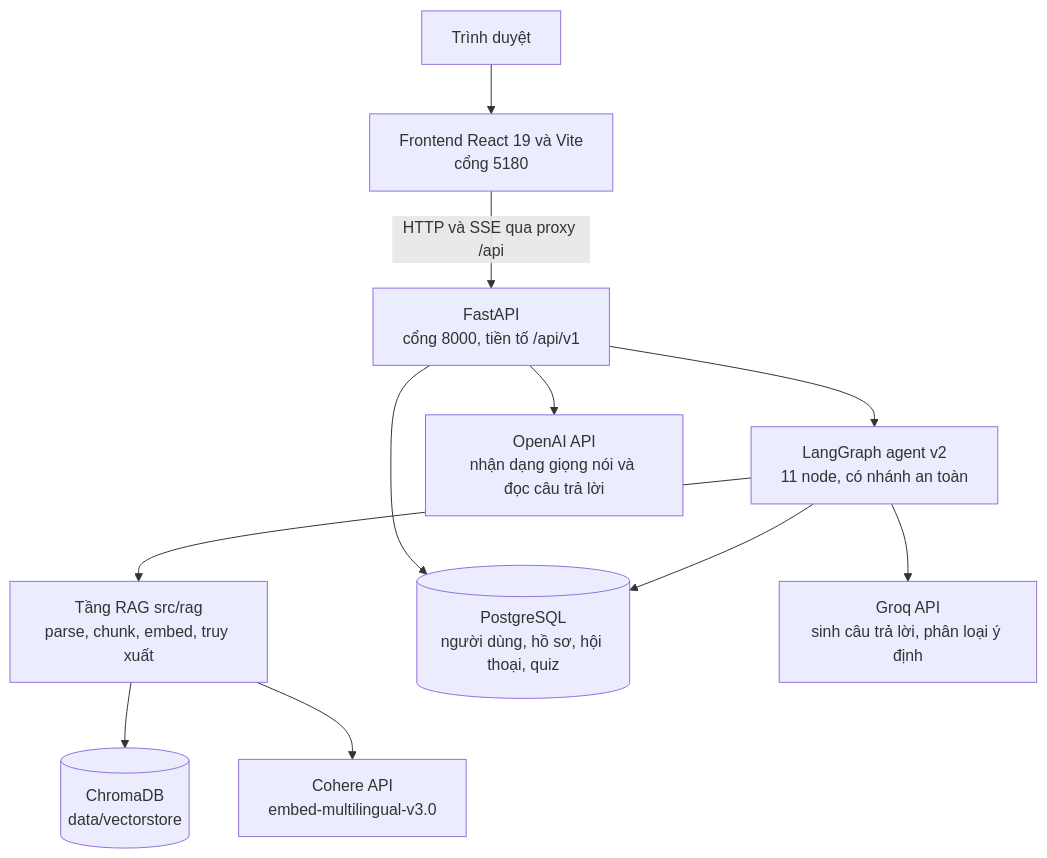
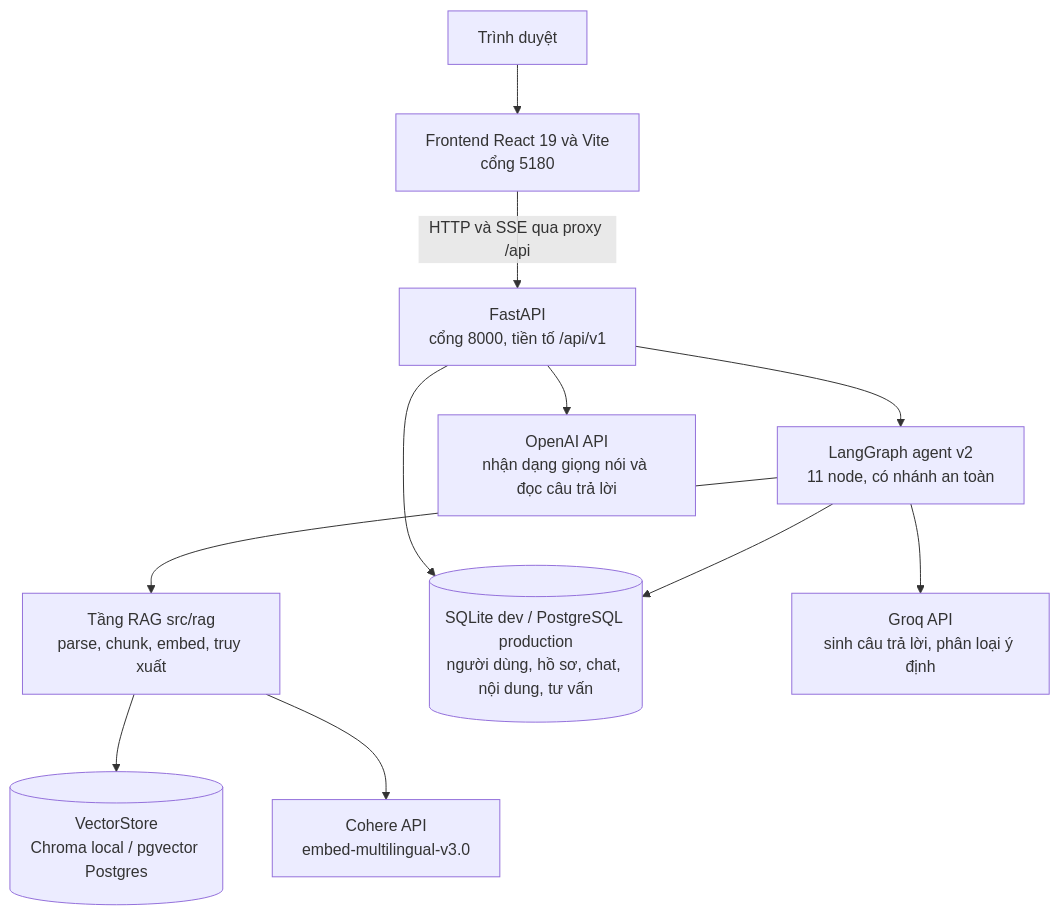
One commit to hoangminh37/p-128-deploy changed the diagram in README.md. Above: the diagram before and after it, drawn with Mermaid. The commit also changed other lines of this file and 7 other files, not shown here.

Commit message:
docs: week-log and architechture-diagram

````diff
--- a/README.md
+++ b/README.md
@@ -80,24 +101,24 @@
 ```mermaid
 graph TD
     Browser["Trình duyệt"]
     FE["Frontend React 19 và Vite<br/>cổng 5180"]
     API["FastAPI<br/>cổng 8000, tiền tố /api/v1"]
     Agent["LangGraph agent v2<br/>11 node, có nhánh an toàn"]
     RAG["Tầng RAG src/rag<br/>parse, chunk, embed, truy xuất"]
-    Chroma[("ChromaDB<br/>data/vectorstore")]
-    PG[("PostgreSQL<br/>người dùng, hồ sơ, hội thoại, quiz")]
+    Vector[("VectorStore<br/>Chroma local / pgvector Postgres")]
+    DB[("SQLite dev / PostgreSQL production<br/>người dùng, hồ sơ, chat, nội dung, tư vấn")]
     Groq["Groq API<br/>sinh câu trả lời, phân loại ý định"]
     Cohere["Cohere API<br/>embed-multilingual-v3.0"]
     OpenAI["OpenAI API<br/>nhận dạng giọng nói và đọc câu trả lời"]
 
     Browser --> FE
     FE -->|"HTTP và SSE qua proxy /api"| API
     API --> Agent
-    API --> PG
+    API --> DB
     API --> OpenAI
     Agent --> RAG
-    Agent --> PG
+    Agent --> DB
     Agent --> Groq
-    RAG --> Chroma
+    RAG --> Vector
     RAG --> Cohere
 ```
````
